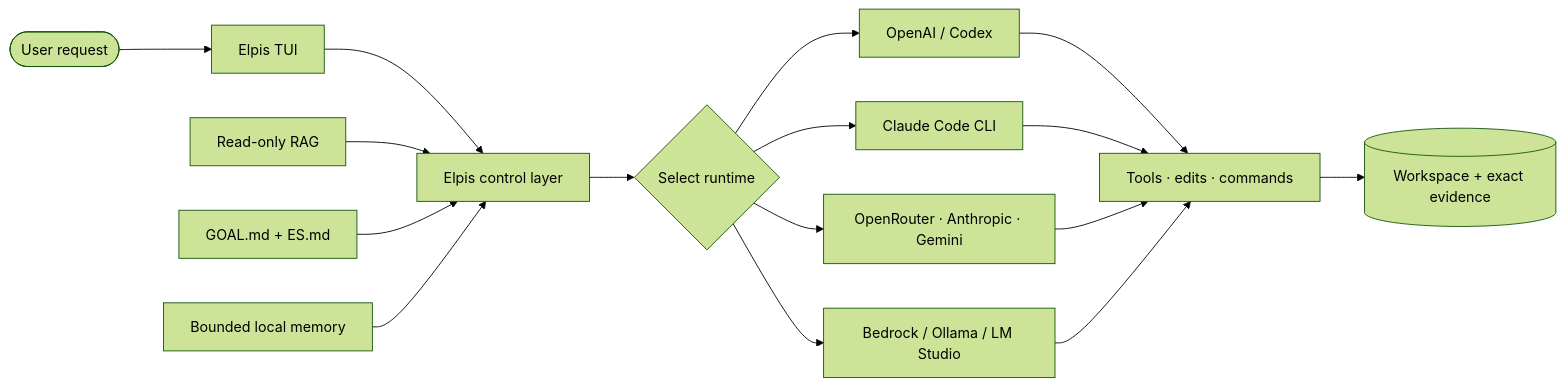
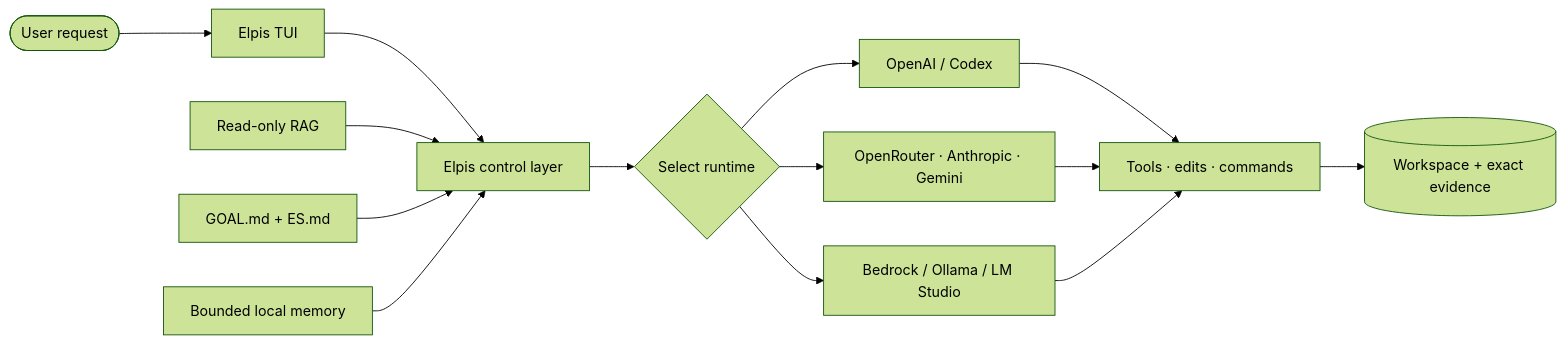
The first of 6 diagrams in readme.md (MasihMoafi/A-Modular-Kingdom), drawn with Mermaid (forest theme) before and after one commit. The commit also changed other lines of this file and 23 other files, not shown here.

First line of the commit message:
remove: Claude Code CLI-bridge runtime entirely (#96)

````diff
--- a/readme.md
+++ b/readme.md
@@ -71,18 +67,16 @@
 ```mermaid
 flowchart LR
     user([User request]) --> tui["Elpis TUI"]
     tui --> control["Elpis control layer"]
     rag["Read-only RAG"] --> control
     portable["GOAL.md + ES.md"] --> control
     memory["Bounded local memory"] --> control
     control --> runtime{"Select runtime"}
     runtime --> openai["OpenAI / Codex"]
-    runtime --> claude["Claude Code CLI"]
     runtime --> router["OpenRouter · Anthropic · Gemini"]
     runtime --> other["Bedrock / Ollama / LM Studio"]
     openai --> execution["Tools · edits · commands"]
-    claude --> execution
     router --> execution
     other --> execution
     execution --> evidence[("Workspace + exact evidence")]
 ```
````
